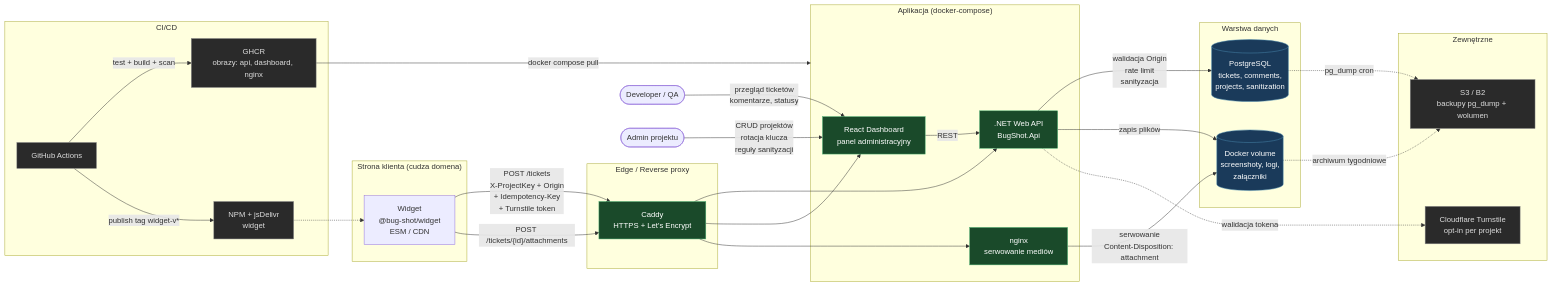
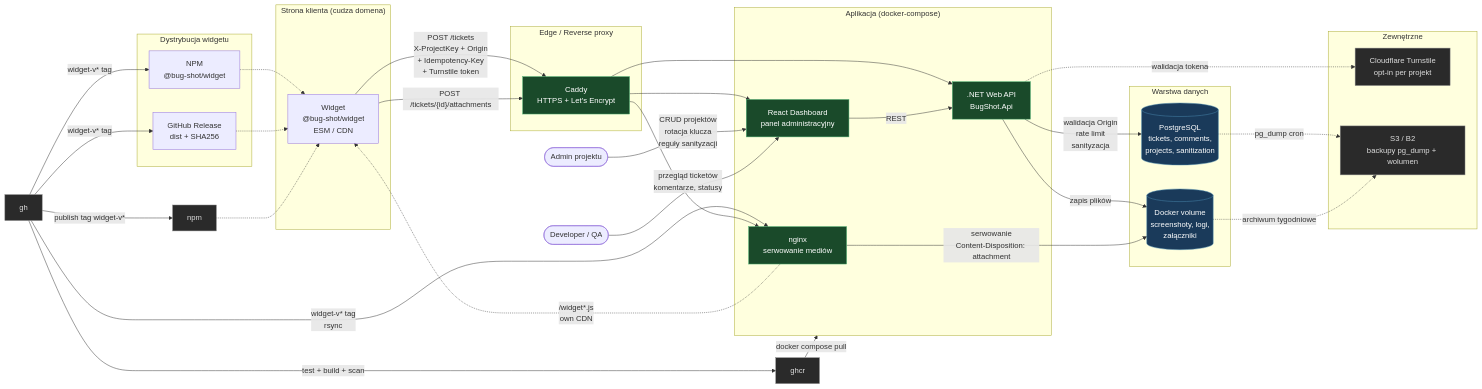
The diagram in README.md (MarshallBjorn/bug-shot), drawn with Mermaid before and after one commit.

Commit message:
docs: Clear info regarding widget distribution

````diff
--- a/README.md
+++ b/README.md
@@ -48,65 +48,71 @@
 ```mermaid
 flowchart LR
     subgraph client["Strona klienta (cudza domena)"]
         widget["Widget<br/>@bug-shot/widget<br/>ESM / CDN"]
     end
 
     subgraph edge["Edge / Reverse proxy"]
         caddy["Caddy<br/>HTTPS + Let's Encrypt"]
     end
 
     subgraph app["Aplikacja (docker-compose)"]
         api[".NET Web API<br/>BugShot.Api"]
         dashboard["React Dashboard<br/>panel administracyjny"]
         nginx["nginx<br/>serwowanie mediów"]
     end
 
     subgraph data["Warstwa danych"]
         pg[("PostgreSQL<br/>tickets, comments,<br/>projects, sanitization")]
         vol[("Docker volume<br/>screenshoty, logi,<br/>załączniki")]
     end
 
     subgraph external["Zewnętrzne"]
         turnstile["Cloudflare Turnstile<br/>opt-in per projekt"]
         s3["S3 / B2<br/>backupy pg_dump + wolumen"]
     end
 
-    subgraph cicd["CI/CD"]
-        gh["GitHub Actions"]
-        ghcr["GHCR<br/>obrazy: api, dashboard, nginx"]
-        npm["NPM + jsDelivr<br/>widget"]
+    subgraph dist["Dystrybucja widgetu"]
+        npm2["NPM<br/>@bug-shot/widget"]
+        ghrel["GitHub Release<br/>dist + SHA256"]
     end
+    
+    nginx -. "/widget*.js<br/>own CDN" .-> widget
+    npm2 -.-> widget
+    ghrel -.-> widget
+    gh -- "widget-v* tag" --> npm2
+    gh -- "widget-v* tag" --> ghrel
+    gh -- "widget-v* tag<br/>rsync" --> nginx
 
     dev(["Developer / QA"])
     admin(["Admin projektu"])
 
     widget -- "POST /tickets<br/>X-ProjectKey + Origin<br/>+ Idempotency-Key<br/>+ Turnstile token" --> caddy
     widget -- "POST /tickets/{id}/attachments" --> caddy
     caddy --> api
     caddy --> dashboard
     caddy --> nginx
 
     api -- "walidacja Origin<br/>rate limit<br/>sanityzacja" --> pg
     api -- "zapis plików" --> vol
     api -. "walidacja tokena" .-> turnstile
     nginx -- "serwowanie<br/>Content-Disposition: attachment" --> vol
 
     admin -- "CRUD projektów<br/>rotacja klucza<br/>reguły sanityzacji" --> dashboard
     dev -- "przegląd ticketów<br/>komentarze, statusy" --> dashboard
     dashboard -- "REST" --> api
 
     gh -- "test + build + scan" --> ghcr
     gh -- "publish tag widget-v*" --> npm
     ghcr -- "docker compose pull" --> app
     npm -.-> widget
 
     pg -. "pg_dump cron" .-> s3
     vol -. "archiwum tygodniowe" .-> s3
 
     classDef ext fill:#2a2a2a,stroke:#888,color:#ddd
     classDef data fill:#1a3a5a,stroke:#4a8ab0,color:#fff
     classDef app fill:#1a4a2a,stroke:#4ab070,color:#fff
     class turnstile,s3,ghcr,npm,gh ext
     class pg,vol data
     class api,dashboard,nginx,caddy app
 ```
````
